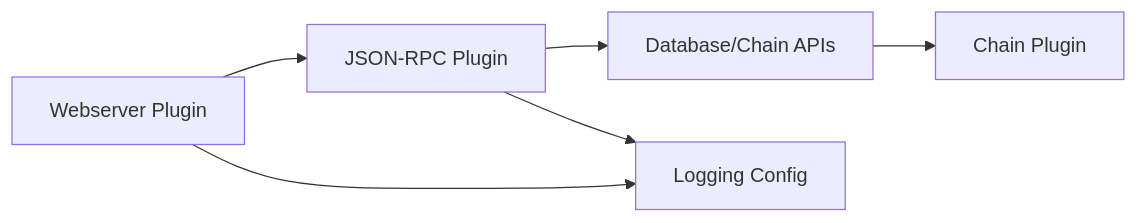
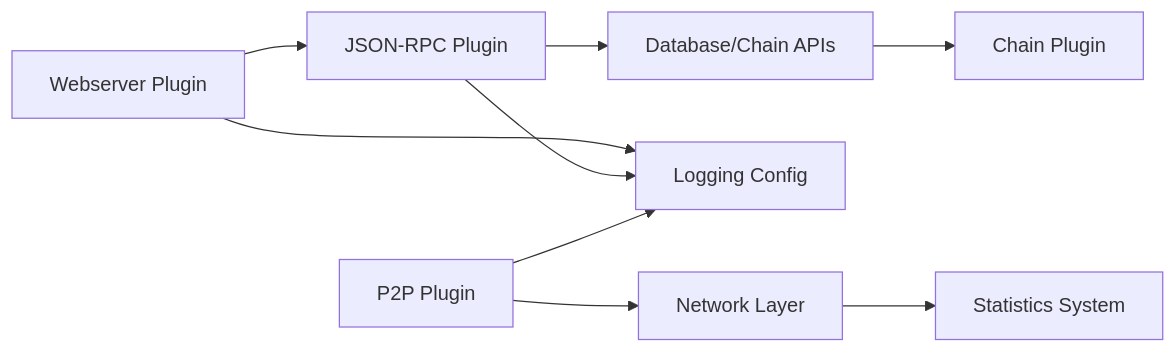
One commit to VIZ-Blockchain/viz-cpp-node changed the third of 3 diagrams in .qoder/repowiki/en/content/Deployment and Operations/Monitoring and Maintenance.md. Above: the diagram before and after it, drawn with Mermaid. The commit also changed other lines of this file and 3 other files, not shown here.

First line of the commit message:
docs(network): add detailed peer statistics and metrics system documentation

````diff
--- a/.qoder/repowiki/en/content/Deployment and Operations/Monitoring and Maintenance.md
+++ b/.qoder/repowiki/en/content/Deployment and Operations/Monitoring and Maintenance.md
@@ -259,8 +344,11 @@
 ```mermaid
 graph LR
 WS["Webserver Plugin"] --> JR["JSON-RPC Plugin"]
 JR --> APIs["Database/Chain APIs"]
 APIs --> CHAIN["Chain Plugin"]
 WS --> LOG["Logging Config"]
 JR --> LOG
+P2P["P2P Plugin"] --> NET["Network Layer"]
+NET --> STATS["Statistics System"]
+P2P --> LOG
 ```
````
